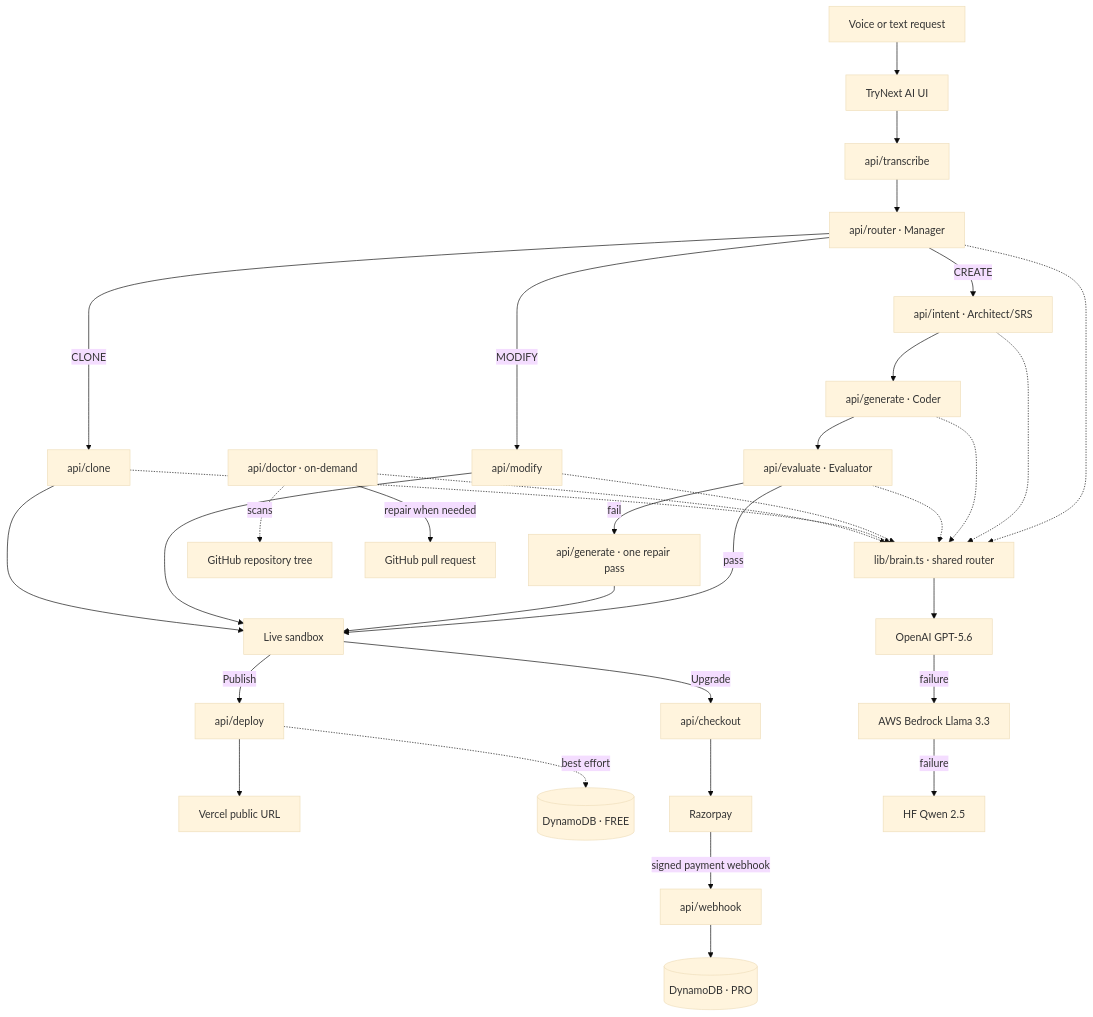
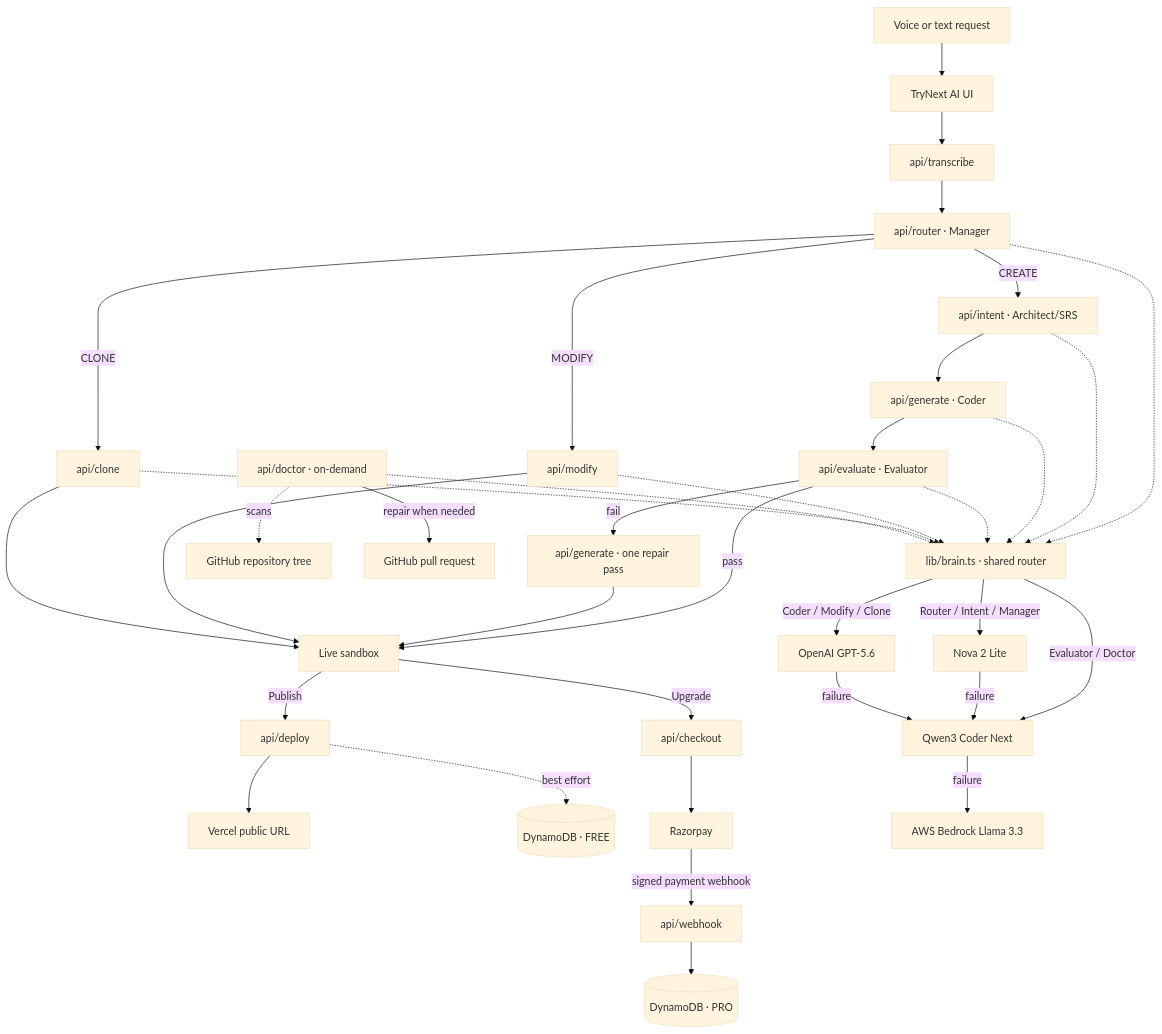
The diagram in README.md (ranajitdharpersonal/trynextai), drawn with Mermaid (base theme) before and after one commit. The commit also changed other lines of this file and 10 other files, not shown here.

````diff
--- a/README.md
+++ b/README.md
@@ -140,40 +149,43 @@
 ```mermaid
 flowchart TD
     U[Voice or text request] --> UI[TryNext AI UI]
     UI --> T[api/transcribe]
     T --> M[api/router · Manager]
 
     M -->|CREATE| A[api/intent · Architect/SRS]
     A --> C[api/generate · Coder]
     C --> E[api/evaluate · Evaluator]
     E -->|pass| S[Live sandbox]
     E -->|fail| H[api/generate · one repair pass]
     H --> S
 
     M -->|MODIFY| MOD[api/modify]
     M -->|CLONE| CL[api/clone]
     MOD --> S
     CL --> S
 
     S -->|Publish| D[api/deploy]
     D --> V[Vercel public URL]
     D -. best effort .-> DB[(DynamoDB · FREE)]
     S -->|Upgrade| CH[api/checkout]
     CH --> RP[Razorpay]
     RP -->|signed payment webhook| WH[api/webhook]
     WH --> DBP[(DynamoDB · PRO)]
 
     M -.-> BR[lib/brain.ts · shared router]
     A -.-> BR
     C -.-> BR
     E -.-> BR
     MOD -.-> BR
     CL -.-> BR
     DOC -.-> BR
-    BR --> O[OpenAI GPT-5.6]
-    O -->|failure| L[AWS Bedrock Llama 3.3]
-    L -->|failure| Q[HF Qwen 2.5]
+    BR -->|Router / Intent / Manager| N[Nova 2 Lite]
+    BR -->|Coder / Modify / Clone| O[OpenAI GPT-5.6]
+    BR -->|Evaluator / Doctor| Q[Qwen3 Coder Next]
+    N -->|failure| Q
+    O -->|failure| Q
+    Q -->|failure| L[AWS Bedrock Llama 3.3]
 
     DOC[api/doctor · on-demand] -. scans .-> REPO[GitHub repository tree]
     DOC -->|repair when needed| PR[GitHub pull request]
 ```
````
